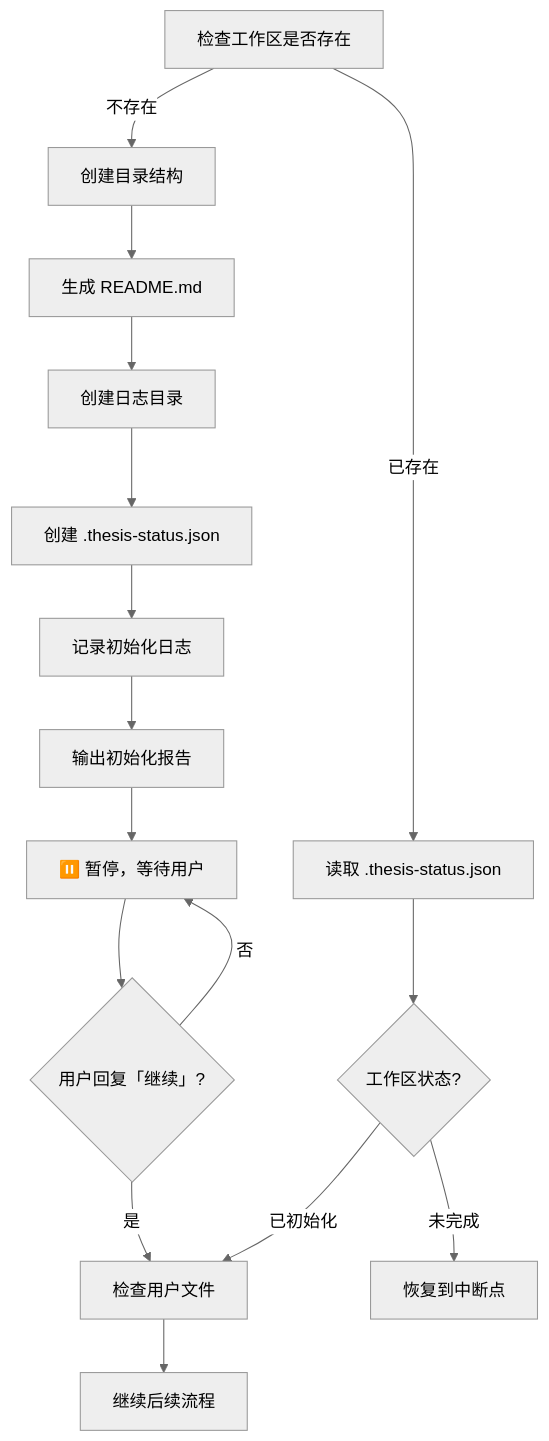
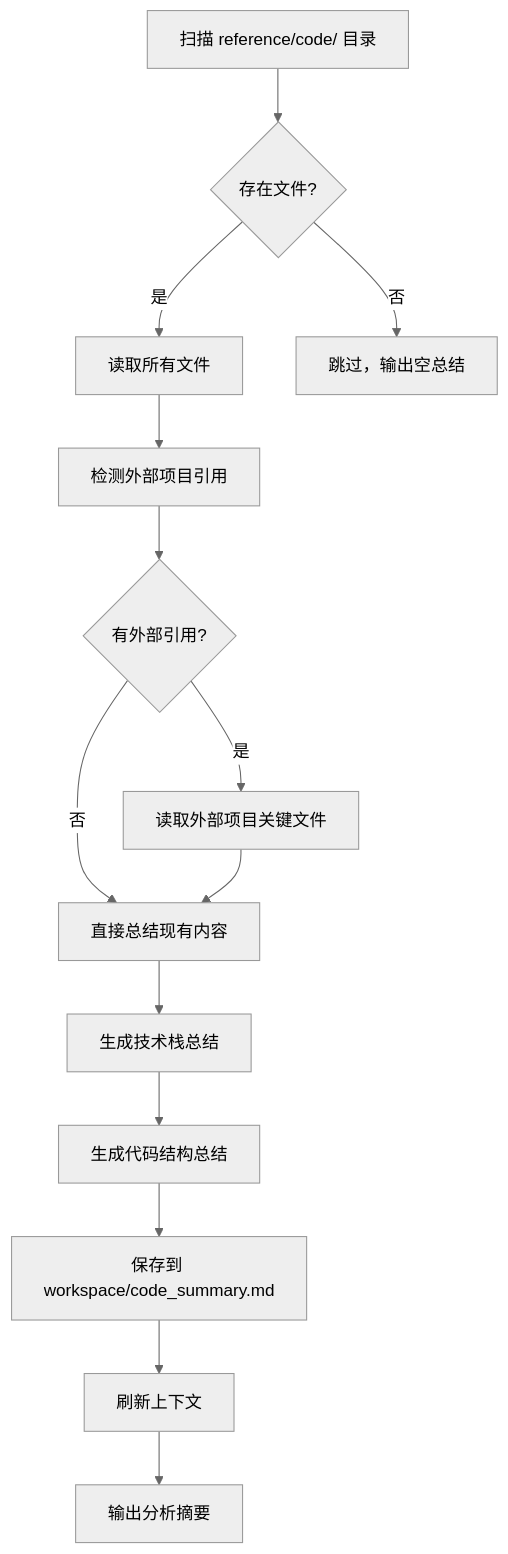
One commit to Stars-OC/thesis-creator changed the first of 3 diagrams in SKILL.md. Above: the diagram before and after it, drawn with Mermaid (neutral theme). The commit also changed other lines of this file and 6 other files, not shown here.

````diff
--- a/SKILL.md
+++ b/SKILL.md
@@ -106,18 +305,16 @@
 ```mermaid
 flowchart TD
-    A[检查工作区是否存在] -->|不存在| B[创建目录结构]
-    A -->|已存在| C[读取 .thesis-status.json]
-    B --> D[生成 README.md]
-    D --> E[创建日志目录]
-    E --> F[创建 .thesis-status.json]
-    F --> G[记录初始化日志]
-    G --> H[输出初始化报告]
-    H --> I[⏸️ 暂停，等待用户]
-    I --> J{用户回复「继续」?}
-    J -->|是| K[检查用户文件]
-    J -->|否| I
-    K --> L[继续后续流程]
-    C --> M{工作区状态?}
-    M -->|已初始化| K
-    M -->|未完成| N[恢复到中断点]
+    A[扫描 reference/code/ 目录] --> B{存在文件?}
+    B -->|是| C[读取所有文件]
+    B -->|否| Z[跳过，输出空总结]
+    C --> D[检测外部项目引用]
+    D --> E{有外部引用?}
+    E -->|是| F[读取外部项目关键文件]
+    E -->|否| G[直接总结现有内容]
+    F --> G
+    G --> H[生成技术栈总结]
+    H --> I[生成代码结构总结]
+    I --> J[保存到 workspace/code_summary.md]
+    J --> K[刷新上下文]
+    K --> L[输出分析摘要]
 ```
````
